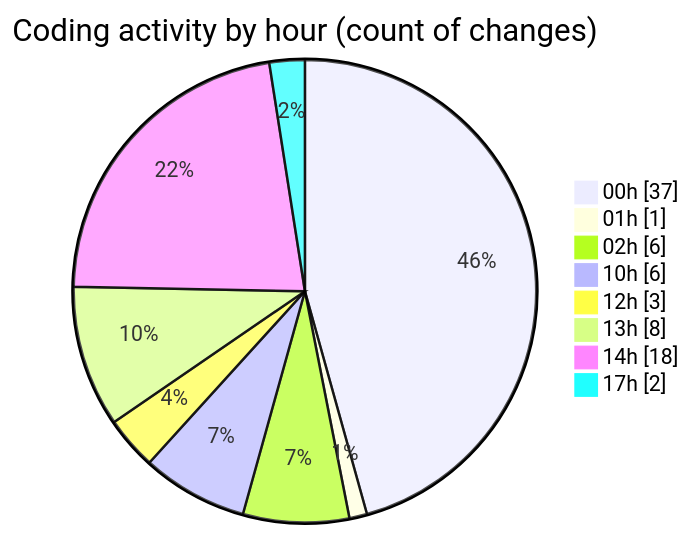
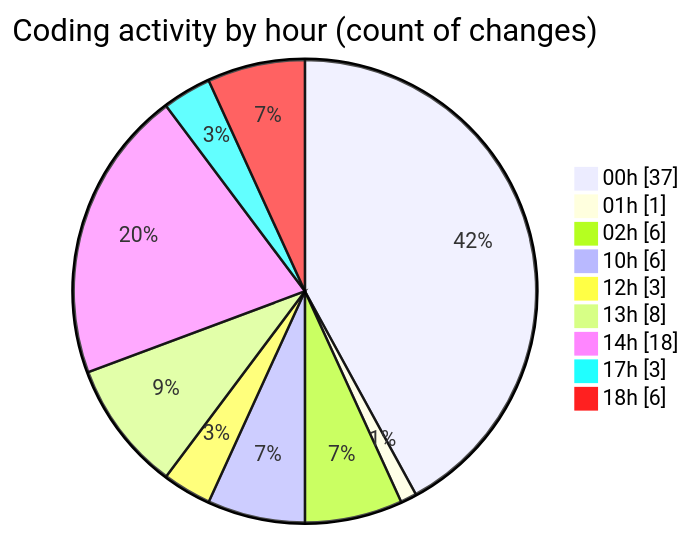
Before and after one commit to julien-gomy/code-tracking: the second of 2 diagrams in 2025-11-20/eventscop-frontend-guide__workspace_/README.md, drawn with Mermaid. The commit also changed other lines of this file and 1 other file, not shown here.

````diff
--- a/2025-11-20/eventscop-frontend-guide__workspace_/README.md
+++ b/2025-11-20/eventscop-frontend-guide__workspace_/README.md
@@ -51,12 +57,13 @@
 ```mermaid
 pie showData
 title Coding activity by hour (count of changes)
 "00h" : 37
 "01h" : 1
 "02h" : 6
 "10h" : 6
 "12h" : 3
 "13h" : 8
 "14h" : 18
-"17h" : 2
+"17h" : 3
+"18h" : 6
 ```
````
